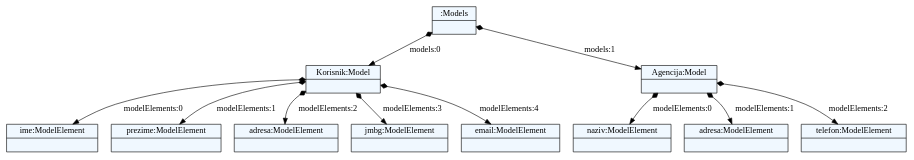
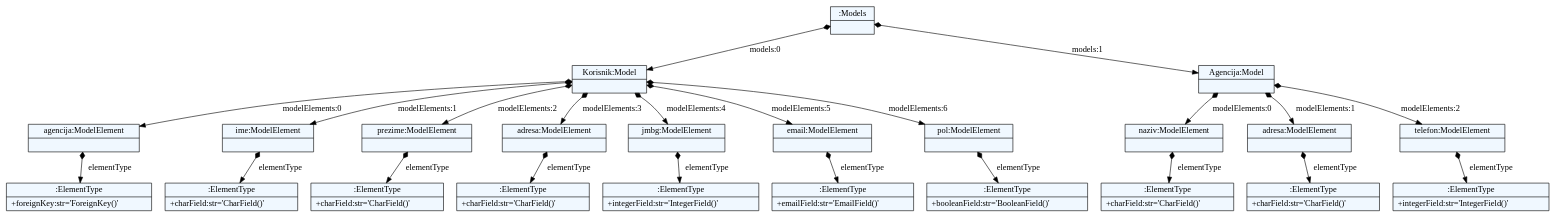
One commit to jovana992/jsd2017 changed the diagram in JSD/test.dot. Above: the diagram before and after it, drawn with Graphviz. The commit also changed 4 other files, not shown here.

```diff
--- a/JSD/test.dot
+++ b/JSD/test.dot
@@ -1,36 +1,60 @@
 
     digraph xtext {
     fontname = "Bitstream Vera Sans"
     fontsize = 8
     node[
         shape=record,
         style=filled,
         fillcolor=aliceblue
     ]
     nodesep = 0.3
     edge[dir=black,arrowtail=empty]
 
 
-2507429303016 -> 2507429352336 [label="models:0" arrowtail=diamond dir=both]
-2507429352336 -> 2507429352392 [label="modelElements:0" arrowtail=diamond dir=both]
-2507429352392[label="{ime:ModelElement|}"]
-2507429352336 -> 2507429352504 [label="modelElements:1" arrowtail=diamond dir=both]
-2507429352504[label="{prezime:ModelElement|}"]
-2507429352336 -> 2507429352616 [label="modelElements:2" arrowtail=diamond dir=both]
-2507429352616[label="{adresa:ModelElement|}"]
-2507429352336 -> 2507429352672 [label="modelElements:3" arrowtail=diamond dir=both]
-2507429352672[label="{jmbg:ModelElement|}"]
-2507429352336 -> 2507429352728 [label="modelElements:4" arrowtail=diamond dir=both]
-2507429352728[label="{email:ModelElement|}"]
-2507429352336[label="{Korisnik:Model|}"]
-2507429303016 -> 2507419818024 [label="models:1" arrowtail=diamond dir=both]
-2507419818024 -> 2507429352784 [label="modelElements:0" arrowtail=diamond dir=both]
-2507429352784[label="{naziv:ModelElement|}"]
-2507419818024 -> 2507429352560 [label="modelElements:1" arrowtail=diamond dir=both]
-2507429352560[label="{adresa:ModelElement|}"]
-2507419818024 -> 2507429352952 [label="modelElements:2" arrowtail=diamond dir=both]
-2507429352952[label="{telefon:ModelElement|}"]
-2507419818024[label="{Agencija:Model|}"]
-2507429303016[label="{:Models|}"]
+1345904507928 -> 1345904508376 [label="models:0" arrowtail=diamond dir=both]
+1345904508376 -> 1345904496712 [label="modelElements:0" arrowtail=diamond dir=both]
+1345904496712 -> 1345904496880 [label="elementType" arrowtail=diamond dir=both]
+1345904496880[label="{:ElementType|+foreignKey:str='ForeignKey()'\l}"]
+1345904496712[label="{agencija:ModelElement|}"]
+1345904508376 -> 1345904496768 [label="modelElements:1" arrowtail=diamond dir=both]
+1345904496768 -> 1345904497048 [label="elementType" arrowtail=diamond dir=both]
+1345904497048[label="{:ElementType|+charField:str='CharField()'\l}"]
+1345904496768[label="{ime:ModelElement|}"]
+1345904508376 -> 1345904496824 [label="modelElements:2" arrowtail=diamond dir=both]
+1345904496824 -> 1345904497160 [label="elementType" arrowtail=diamond dir=both]
+1345904497160[label="{:ElementType|+charField:str='CharField()'\l}"]
+1345904496824[label="{prezime:ModelElement|}"]
+1345904508376 -> 1345904496936 [label="modelElements:3" arrowtail=diamond dir=both]
+1345904496936 -> 1345904497272 [label="elementType" arrowtail=diamond dir=both]
+1345904497272[label="{:ElementType|+charField:str='CharField()'\l}"]
+1345904496936[label="{adresa:ModelElement|}"]
+1345904508376 -> 1345904496992 [label="modelElements:4" arrowtail=diamond dir=both]
+1345904496992 -> 1345904497384 [label="elementType" arrowtail=diamond dir=both]
+1345904497384[label="{:ElementType|+integerField:str='IntegerField()'\l}"]
+1345904496992[label="{jmbg:ModelElement|}"]
+1345904508376 -> 1345904497104 [label="modelElements:5" arrowtail=diamond dir=both]
+1345904497104 -> 1345904497496 [label="elementType" arrowtail=diamond dir=both]
+1345904497496[label="{:ElementType|+emailField:str='EmailField()'\l}"]
+1345904497104[label="{email:ModelElement|}"]
+1345904508376 -> 1345904497216 [label="modelElements:6" arrowtail=diamond dir=both]
+1345904497216 -> 1345904497608 [label="elementType" arrowtail=diamond dir=both]
+1345904497608[label="{:ElementType|+booleanField:str='BooleanField()'\l}"]
+1345904497216[label="{pol:ModelElement|}"]
+1345904508376[label="{Korisnik:Model|}"]
+1345904507928 -> 1345904485824 [label="models:1" arrowtail=diamond dir=both]
+1345904485824 -> 1345904497328 [label="modelElements:0" arrowtail=diamond dir=both]
+1345904497328 -> 1345904497664 [label="elementType" arrowtail=diamond dir=both]
+1345904497664[label="{:ElementType|+charField:str='CharField()'\l}"]
+1345904497328[label="{naziv:ModelElement|}"]
+1345904485824 -> 1345904497552 [label="modelElements:1" arrowtail=diamond dir=both]
+1345904497552 -> 1345904497888 [label="elementType" arrowtail=diamond dir=both]
+1345904497888[label="{:ElementType|+charField:str='CharField()'\l}"]
+1345904497552[label="{adresa:ModelElement|}"]
+1345904485824 -> 1345904497720 [label="modelElements:2" arrowtail=diamond dir=both]
+1345904497720 -> 1345904498000 [label="elementType" arrowtail=diamond dir=both]
+1345904498000[label="{:ElementType|+integerField:str='IntegerField()'\l}"]
+1345904497720[label="{telefon:ModelElement|}"]
+1345904485824[label="{Agencija:Model|}"]
+1345904507928[label="{:Models|}"]
 
 }
```
